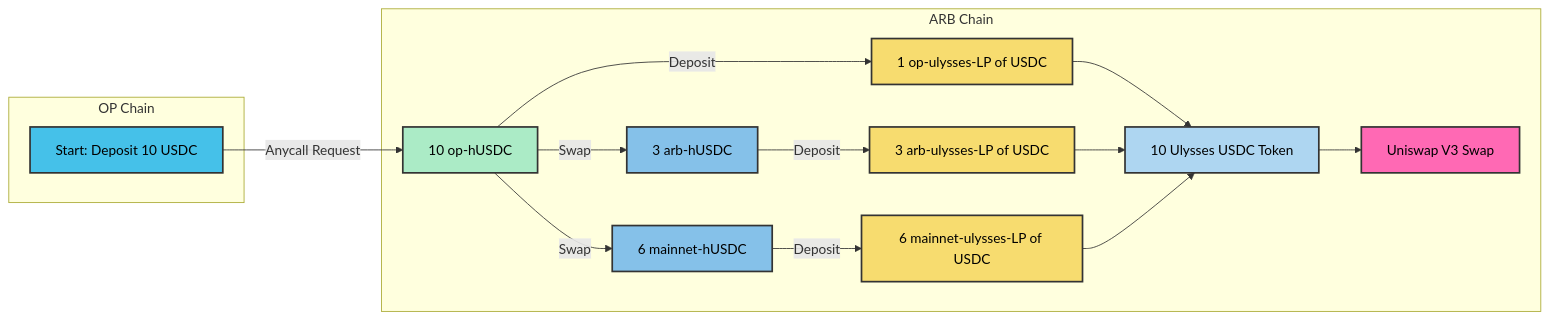
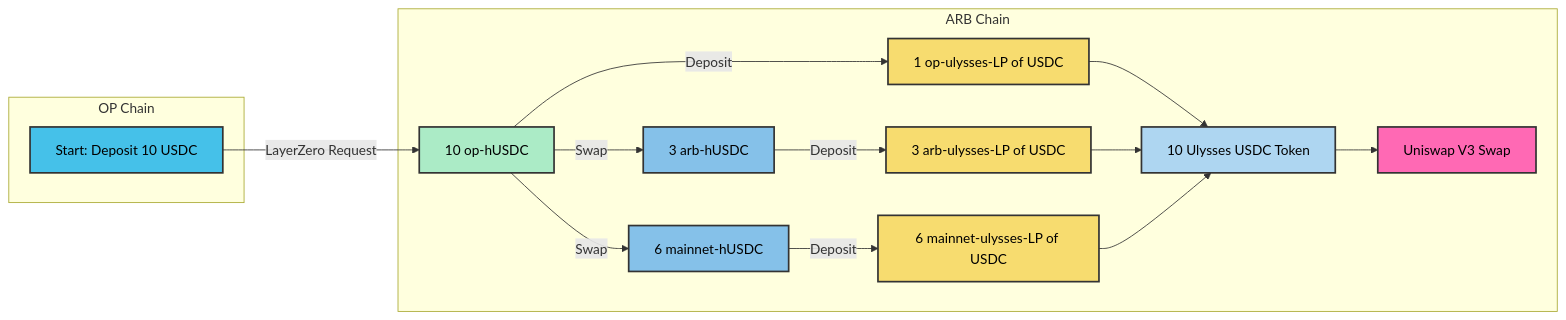
The second of 3 diagrams in versioned_docs/version-Ulysses/overview/unified-liquidity/02-ulysses-unified-tokens.md (Maia-DAO/ecosystem-docs), drawn with Mermaid before and after one commit. The commit also changed other lines of this file, not shown here.

Commit message:
Update_(anycall changed into layer0 02-ulysses-unified-tokens.md

````diff
--- a/versioned_docs/version-Ulysses/overview/unified-liquidity/02-ulysses-unified-tokens.md
+++ b/versioned_docs/version-Ulysses/overview/unified-liquidity/02-ulysses-unified-tokens.md
@@ -138,29 +138,29 @@
 ```mermaid
 graph LR
 	style A fill:#45C1E9,stroke:#333,stroke-width:2px,color:#000;
     style C fill:#ABEBC6,stroke:#333,stroke-width:2px,color:#000;
     style E fill:#F7DC6F,stroke:#333,stroke-width:2px,color:#000;
     style G fill:#F7DC6F,stroke:#333,stroke-width:2px,color:#000;
     style I fill:#F7DC6F,stroke:#333,stroke-width:2px,color:#000;
     style F1 fill:#85C1E9,stroke:#333,stroke-width:2px,color:#000;
     style H1 fill:#85C1E9,stroke:#333,stroke-width:2px,color:#000;
     style J fill:#AED6F1,stroke:#333,stroke-width:2px,color:#000;
     style L fill:#FF69B4,stroke:#333,stroke-width:2px,color:#000;
 
     subgraph OP Chain
         A[Start: Deposit 10 USDC]
     end
 
     subgraph ARB Chain
-        A -->|Anycall Request| C[10 op-hUSDC]
+        A -->|LayerZero Request| C[10 op-hUSDC]
         C -->|Deposit| E[1 op-ulysses-LP of USDC]
         F1[3 arb-hUSDC] -->|Deposit| G[3 arb-ulysses-LP of USDC]
         H1[6 mainnet-hUSDC] -->|Deposit| I[6 mainnet-ulysses-LP of USDC]
         C -->|Swap| F1
         C -->|Swap| H1
         E --> J[10 Ulysses USDC Token]
         G --> J
         I --> J
         J --> L[Uniswap V3 Swap]
     end
 ```
````
